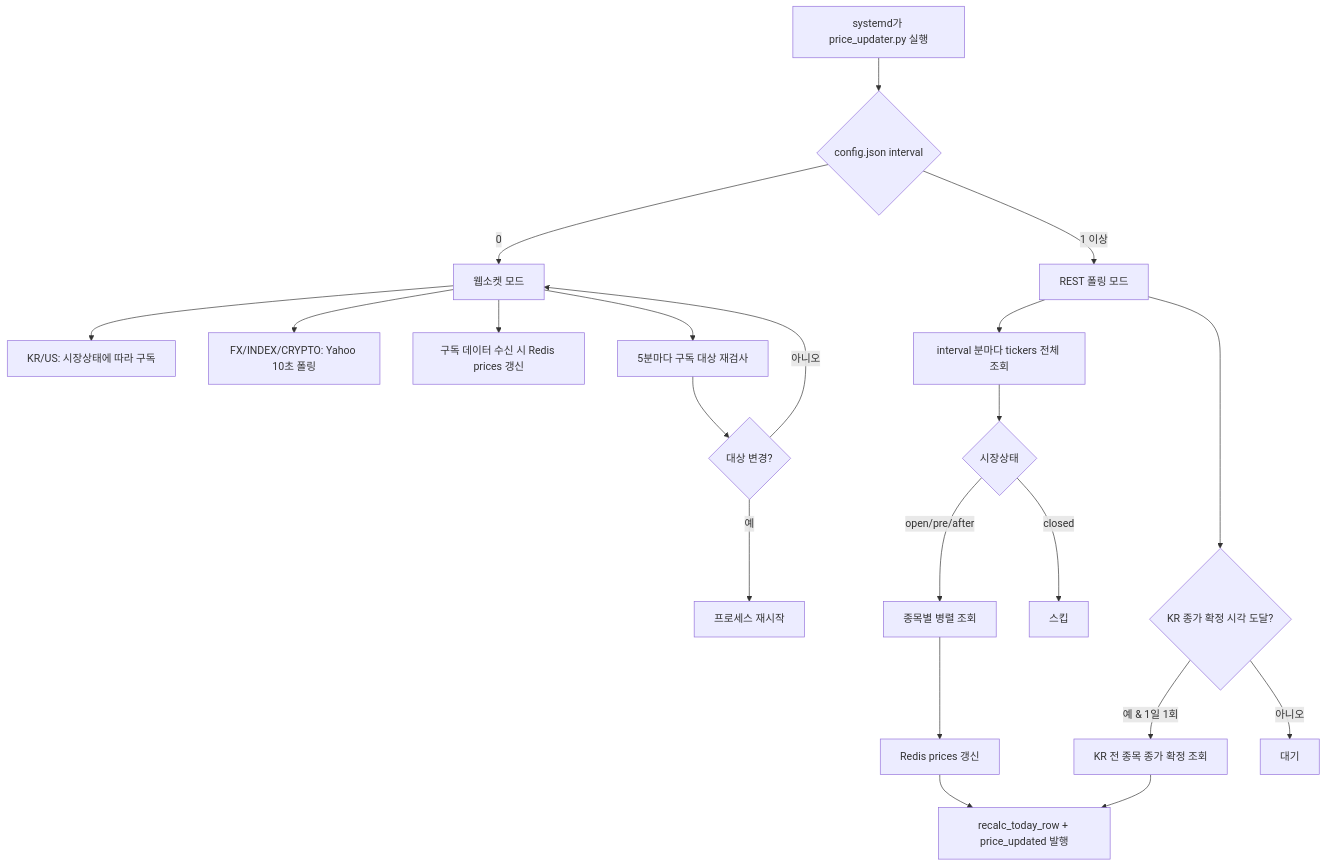
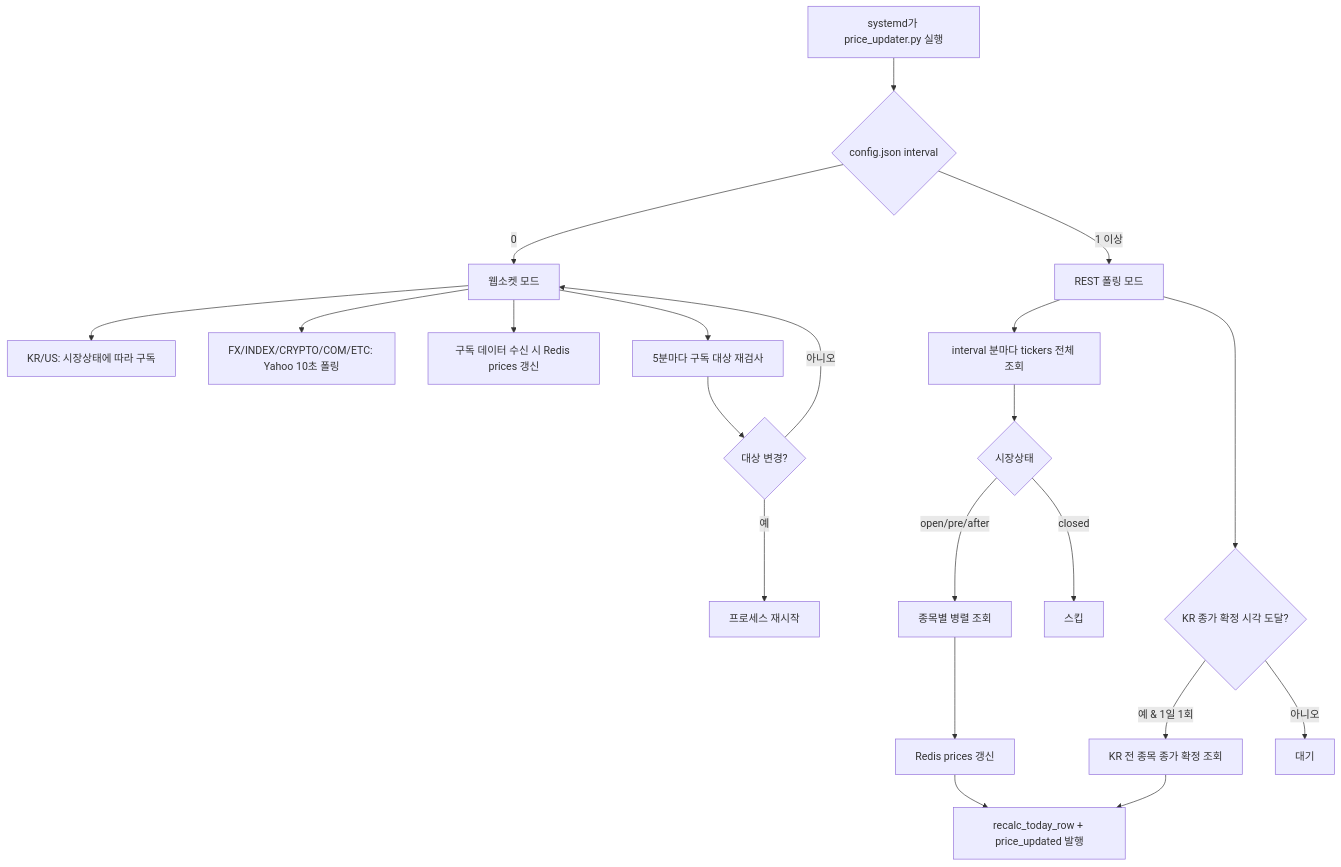
The diagram in AIContext/price_updater_structure.md (JakePark75/asset-cloud), drawn with Mermaid before and after one commit. The commit also changed other lines of this file and 2 other files, not shown here.

````diff
--- a/AIContext/price_updater_structure.md
+++ b/AIContext/price_updater_structure.md
@@ -262,26 +277,26 @@
 ```mermaid
 flowchart TD
   A[systemd가 price_updater.py 실행] --> B{config.json interval}
   B -- 0 --> C[웹소켓 모드]
   B -- 1 이상 --> D[REST 폴링 모드]
 
   C --> E[KR/US: 시장상태에 따라 구독]
-  C --> F[FX/INDEX/CRYPTO: Yahoo 10초 폴링]
+  C --> F[FX/INDEX/CRYPTO/COM/ETC: Yahoo 10초 폴링]
   C --> G[구독 데이터 수신 시 Redis prices 갱신]
   C --> H[5분마다 구독 대상 재검사]
   H --> I{대상 변경?}
   I -- 예 --> J[프로세스 재시작]
   I -- 아니오 --> C
 
   D --> K[interval 분마다 tickers 전체 조회]
   K --> L{시장상태}
   L -- open/pre/after --> M[종목별 병렬 조회]
   L -- closed --> N[스킵]
   M --> O[Redis prices 갱신]
   O --> P[recalc_today_row + price_updated 발행]
 
   D --> Q{KR 종가 확정 시각 도달?}
   Q -- 예 & 1일 1회 --> R[KR 전 종목 종가 확정 조회]
   R --> P
   Q -- 아니오 --> S[대기]
 ```
````
